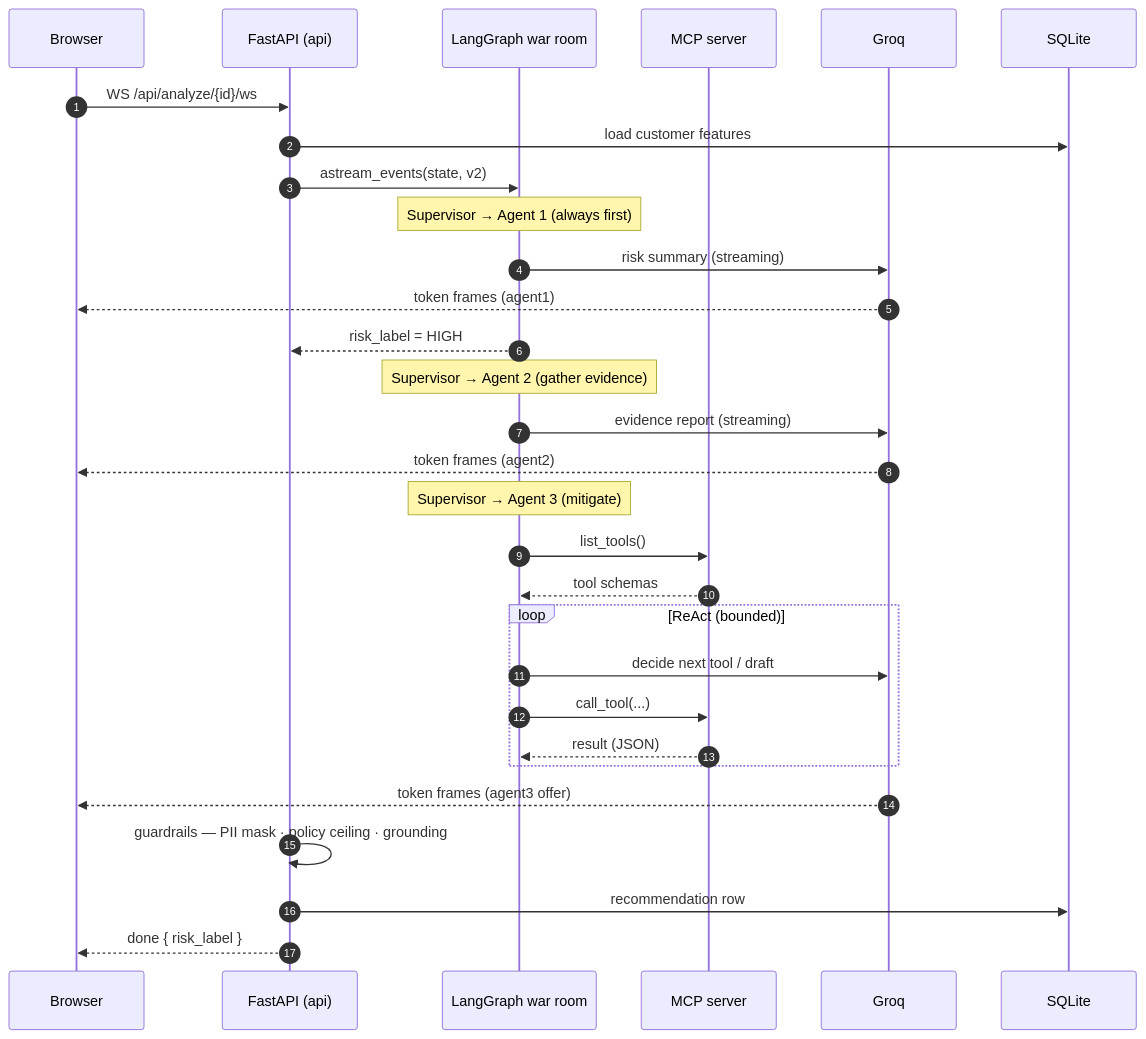
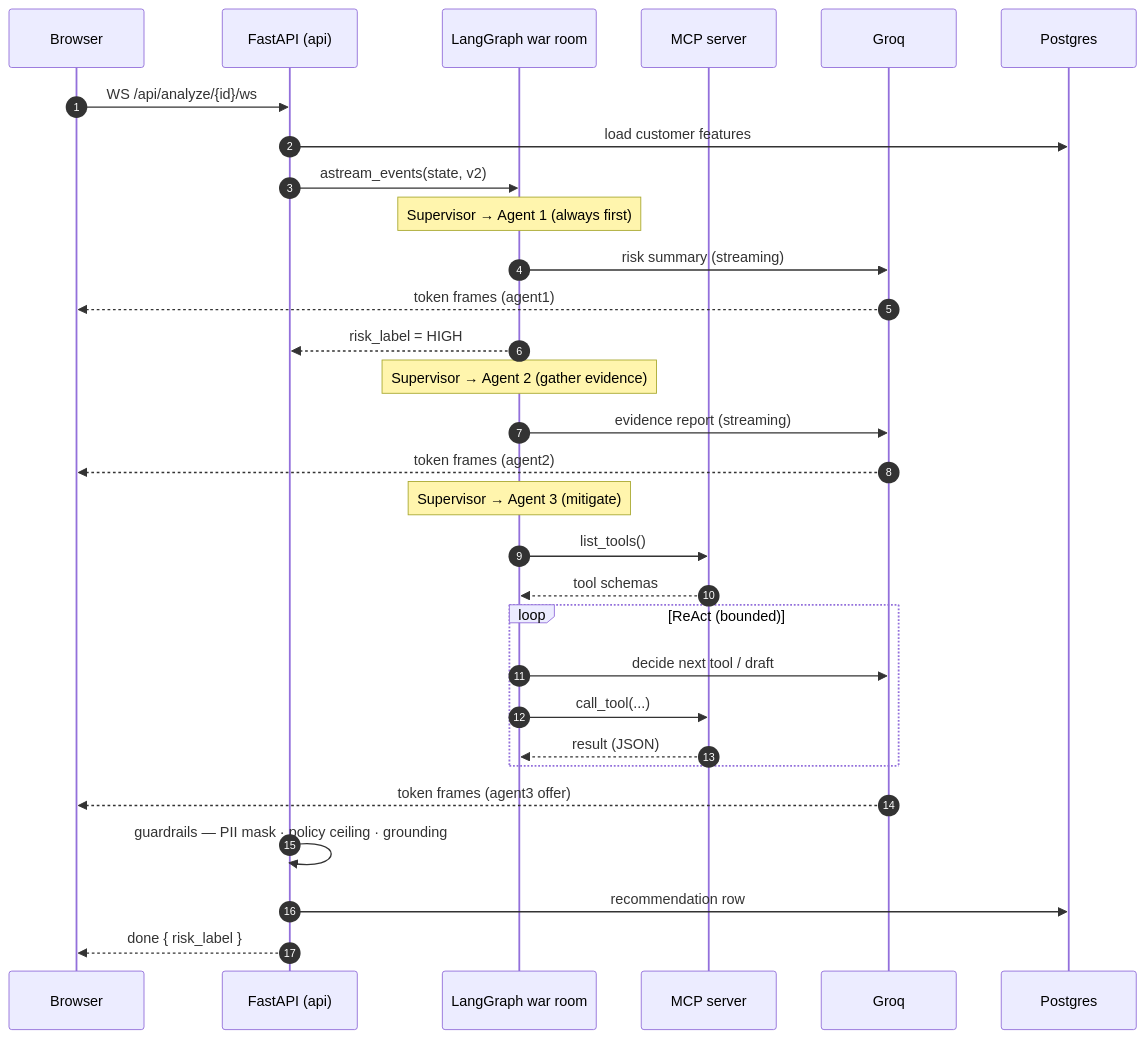
One commit to yuvaksc/churn-intelligence changed the first of 4 diagrams in docs/ARCHITECTURE.md. Above: the diagram before and after it, drawn with Mermaid. The commit also changed other lines of this file and 177 other files, not shown here.

````diff
--- a/docs/ARCHITECTURE.md
+++ b/docs/ARCHITECTURE.md
@@ -9,37 +9,37 @@
 ```mermaid
 sequenceDiagram
     autonumber
     participant U as Browser
     participant API as FastAPI (api)
     participant G as LangGraph war room
     participant MCP as MCP server
     participant LLM as Groq
-    participant DB as SQLite
+    participant DB as Postgres
 
     U->>API: WS /api/analyze/{id}/ws
     API->>DB: load customer features
     API->>G: astream_events(state, v2)
 
     Note over G: Supervisor → Agent 1 (always first)
     G->>LLM: risk summary (streaming)
     LLM-->>U: token frames (agent1)
     G-->>API: risk_label = HIGH
 
     Note over G: Supervisor → Agent 2 (gather evidence)
     G->>LLM: evidence report (streaming)
     LLM-->>U: token frames (agent2)
 
     Note over G: Supervisor → Agent 3 (mitigate)
     G->>MCP: list_tools()
     MCP-->>G: tool schemas
     loop ReAct (bounded)
         G->>LLM: decide next tool / draft
         G->>MCP: call_tool(...)
         MCP-->>G: result (JSON)
     end
     LLM-->>U: token frames (agent3 offer)
 
     API->>API: guardrails — PII mask · policy ceiling · grounding
     API->>DB: recommendation row
     API-->>U: done { risk_label }
 ```
````
